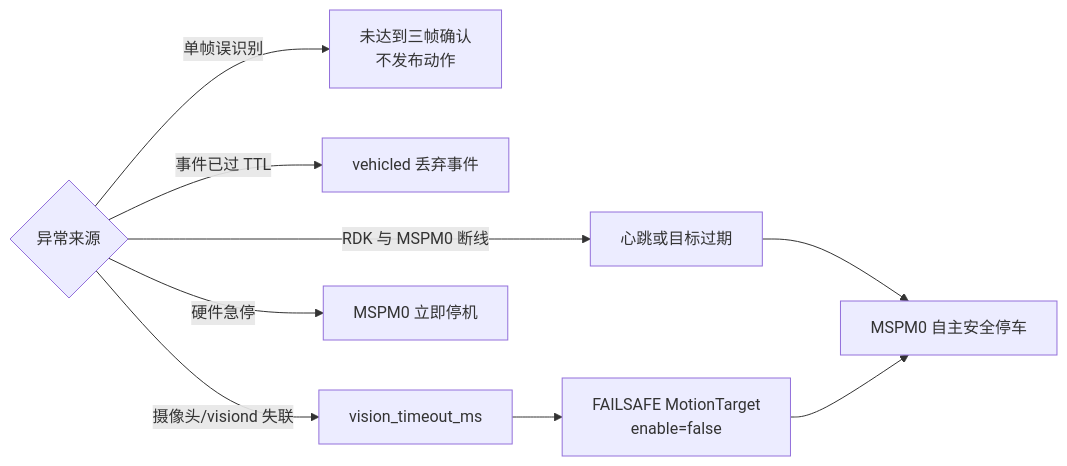
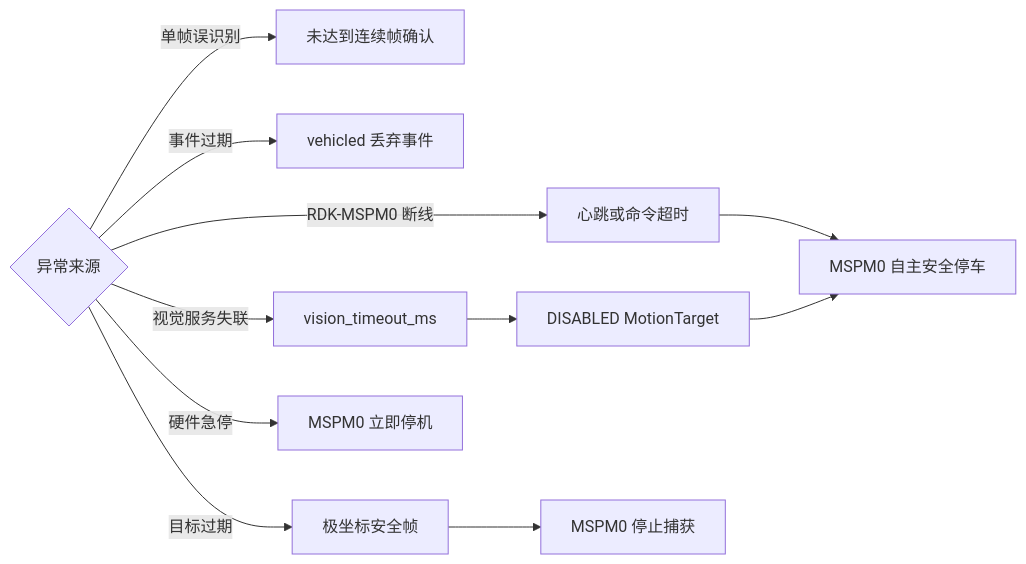
Before and after one commit to NaBCberry/robot_car: the fourth of 4 diagrams in docs/vision_to_motion_flow.md, drawn with Mermaid. The commit also changed other lines of this file and 5 other files, not shown here.

````diff
--- a/docs/vision_to_motion_flow.md
+++ b/docs/vision_to_motion_flow.md
@@ -203,11 +138,13 @@
 ```mermaid
 flowchart LR
-    A{异常来源} -->|单帧误识别| B[未达到三帧确认<br/>不发布动作]
-    A -->|事件已过 TTL| C[vehicled 丢弃事件]
-    A -->|摄像头/visiond 失联| D[vision_timeout_ms]
-    A -->|RDK 与 MSPM0 断线| E[心跳或目标过期]
-    A -->|硬件急停| F[MSPM0 立即停机]
-    D --> G[FAILSAFE MotionTarget<br/>enable=false]
-    E --> H[MSPM0 自主安全停车]
-    G --> H
+    A{异常来源} -->|单帧误识别| B[未达到连续帧确认]
+    A -->|事件过期| C[vehicled 丢弃事件]
+    A -->|视觉服务失联| D[vision_timeout_ms]
+    A -->|目标过期| E[极坐标安全帧]
+    A -->|RDK-MSPM0 断线| F[心跳或命令超时]
+    A -->|硬件急停| G[MSPM0 立即停机]
+    D --> H[DISABLED MotionTarget]
+    E --> I[MSPM0 停止捕获]
+    F --> J[MSPM0 自主安全停车]
+    H --> J
 ```
````
